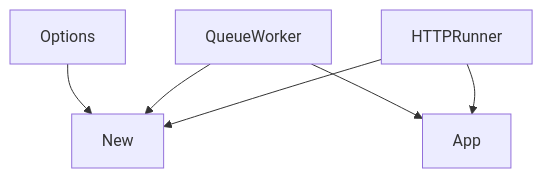
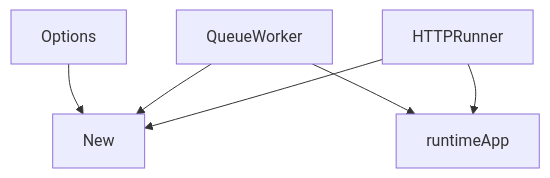
The first of 2 diagrams in internal/app/README.md (siutsin/telegram-jung2-bot), drawn with Mermaid before and after one commit. The commit also changed other lines of this file and 38 other files, not shown here.

````diff
--- a/internal/app/README.md
+++ b/internal/app/README.md
@@ -18,8 +18,8 @@
 ```mermaid
 flowchart TD
     httpServer[HTTPRunner] --> newApp[New]
     queueWorker[QueueWorker] --> newApp
     opts[Options] --> newApp
-    httpServer --> app[App]
+    httpServer --> app[runtimeApp]
     queueWorker --> app
 ```
````
